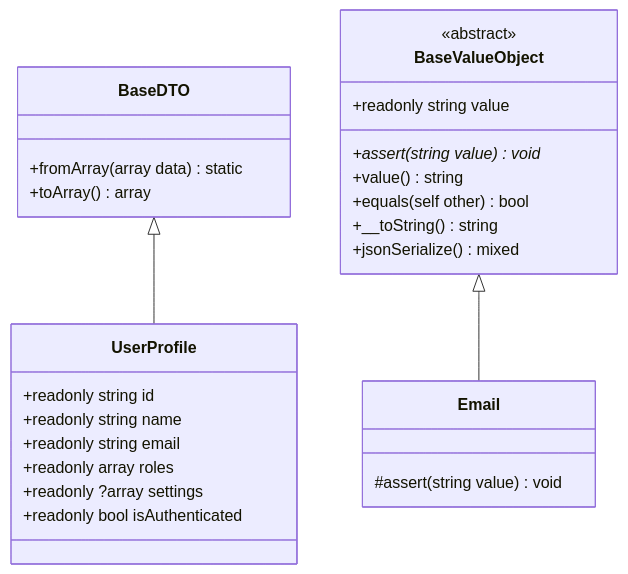
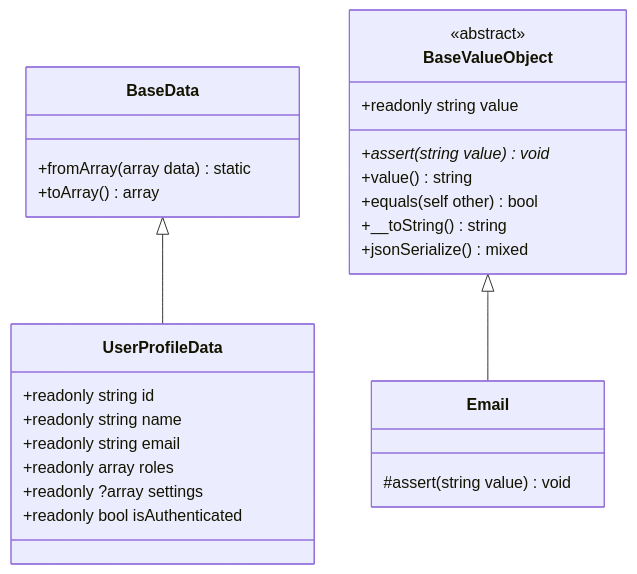
The diagram in docs/dev/dto-valueobject-patterns.md (miyazakisora111/time-attendance), drawn with Mermaid before and after one commit. The commit also changed other lines of this file and 36 other files, not shown here.

````diff
--- a/docs/dev/dto-valueobject-patterns.md
+++ b/docs/dev/dto-valueobject-patterns.md
@@ -9,30 +9,30 @@
 ```mermaid
 classDiagram
-    class BaseDTO {
+    class BaseData {
         +fromArray(array data) static
         +toArray() array
     }
-    class UserProfile {
+    class UserProfileData {
         +readonly string id
         +readonly string name
         +readonly string email
         +readonly array roles
         +readonly ?array settings
         +readonly bool isAuthenticated
     }
-    BaseDTO <|-- UserProfile
+    BaseData <|-- UserProfileData
 
     class BaseValueObject {
         <<abstract>>
         +readonly string value
         +assert(string value)* void
         +value() string
         +equals(self other) bool
         +__toString() string
         +jsonSerialize() mixed
     }
     class Email {
         #assert(string value) void
     }
     BaseValueObject <|-- Email
 ```
````
